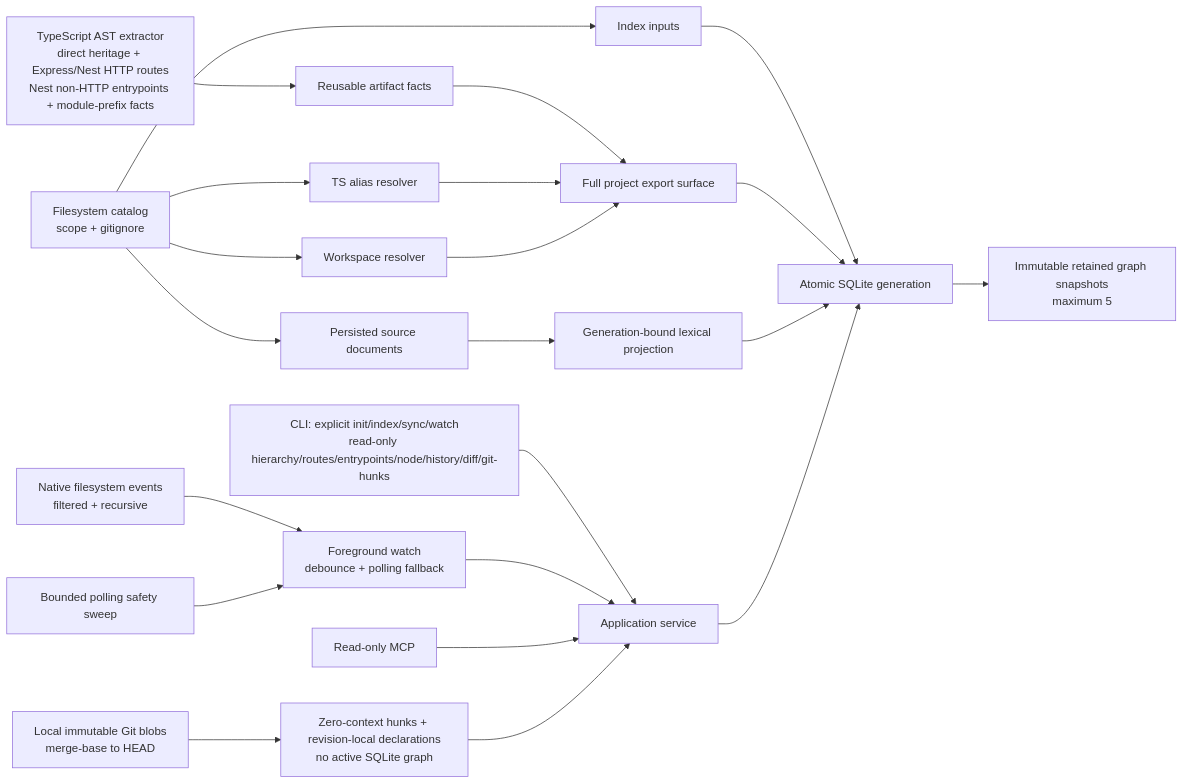
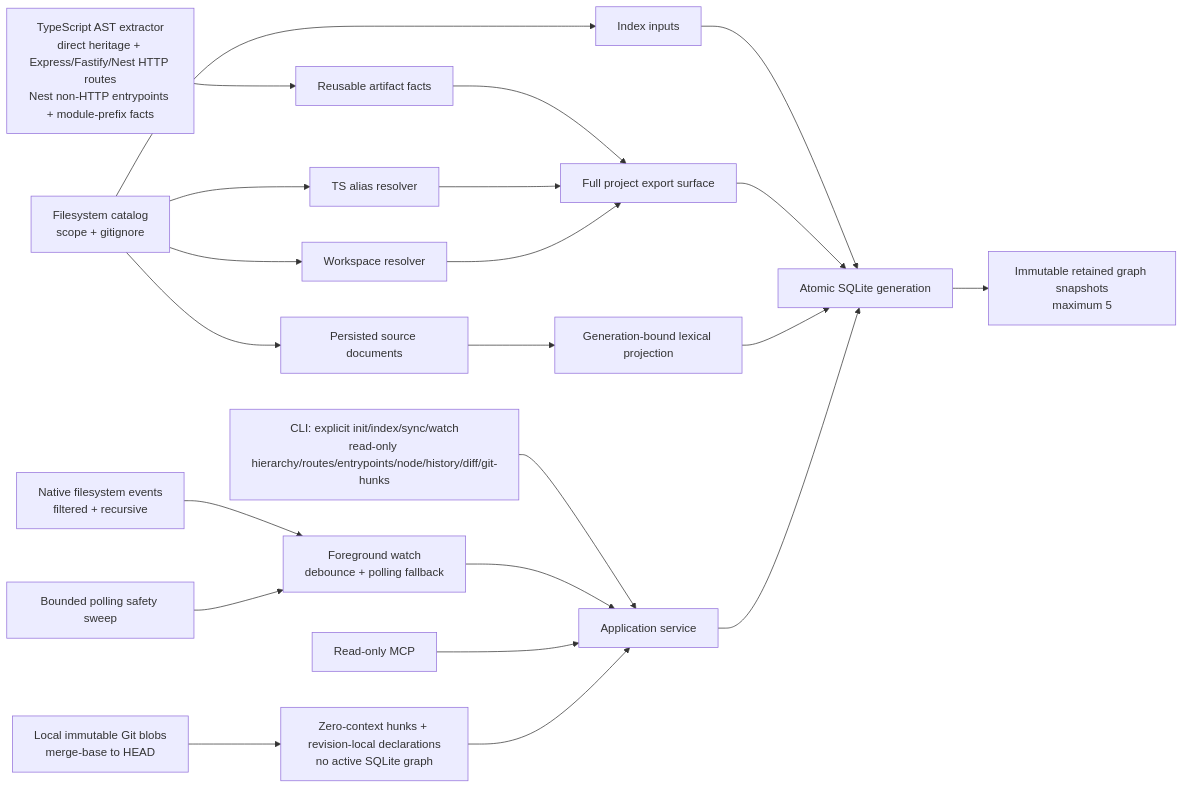
The diagram in README.md (HsinPu/SymbolLattice), drawn with Mermaid before and after one commit. The commit also changed other lines of this file and 13 other files, not shown here.

````diff
--- a/README.md
+++ b/README.md
@@ -664,23 +696,23 @@
 ```mermaid
 flowchart LR
   CLI["CLI: explicit init/index/sync/watch\nread-only hierarchy/routes/entrypoints/node/history/diff/git-hunks"] --> App["Application service"]
   Native["Native filesystem events\nfiltered + recursive"] --> Watch["Foreground watch\ndebounce + polling fallback"]
   Timer["Bounded polling safety sweep"] --> Watch
   Watch --> App
   MCP["Read-only MCP"] --> App
   Git["Local immutable Git blobs\nmerge-base to HEAD"] --> GitHunks["Zero-context hunks + revision-local declarations\nno active SQLite graph"] --> App
   Catalog["Filesystem catalog\nscope + gitignore"] --> Inputs["Index inputs"]
   Catalog --> TS["TS alias resolver"]
   Catalog --> WS["Workspace resolver"]
-  Extractor["TypeScript AST extractor\ndirect heritage + Express/Nest HTTP routes\nNest non-HTTP entrypoints + module-prefix facts"] --> Facts["Reusable artifact facts"]
+  Extractor["TypeScript AST extractor\ndirect heritage + Express/Fastify/Nest HTTP routes\nNest non-HTTP entrypoints + module-prefix facts"] --> Facts["Reusable artifact facts"]
   Catalog --> SourceDocs["Persisted source documents"]
   SourceDocs --> Retrieval["Generation-bound lexical projection"]
   Facts --> Resolver["Full project export surface"]
   TS --> Resolver
   WS --> Resolver
   Inputs --> SQLite["Atomic SQLite generation"]
   Resolver --> SQLite
   Retrieval --> SQLite
   SQLite --> Retained["Immutable retained graph snapshots\nmaximum 5"]
   App --> SQLite
 ```
````
